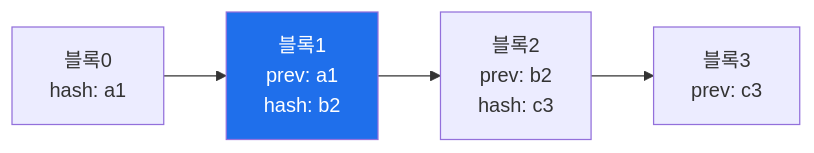
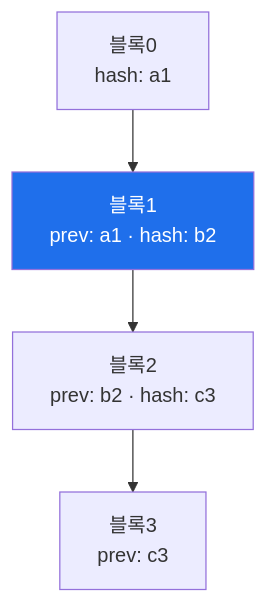
The diagram in contents/training/autonomous-security/lecture_week06.md (mrgrit/tw2), drawn with Mermaid before and after one commit. The commit also changed other lines of this file and 1 other file, not shown here.

````diff
--- a/contents/training/autonomous-security/lecture_week06.md
+++ b/contents/training/autonomous-security/lecture_week06.md
@@ -55,7 +58,7 @@
 ```mermaid
-graph LR
-    B0["블록0<br/>hash: a1"] --> B1["블록1<br/>prev: a1<br/>hash: b2"]
-    B1 --> B2["블록2<br/>prev: b2<br/>hash: c3"]
+graph TD
+    B0["블록0<br/>hash: a1"] --> B1["블록1<br/>prev: a1 · hash: b2"]
+    B1 --> B2["블록2<br/>prev: b2 · hash: c3"]
     B2 --> B3["블록3<br/>prev: c3"]
     style B1 fill:#1f6feb,color:#fff
 ```
````
